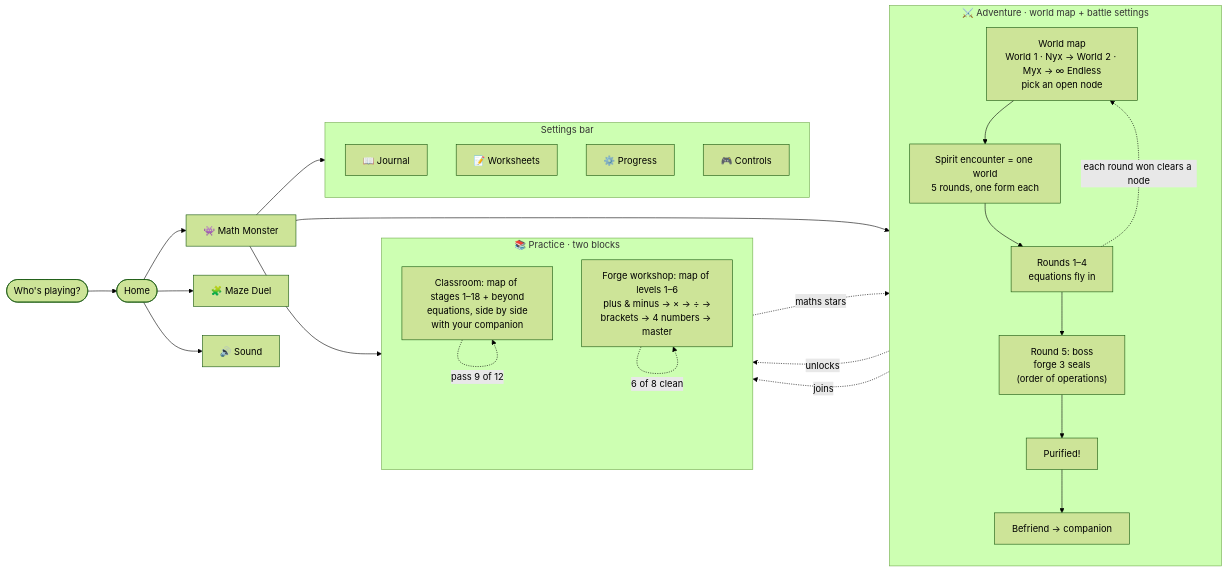
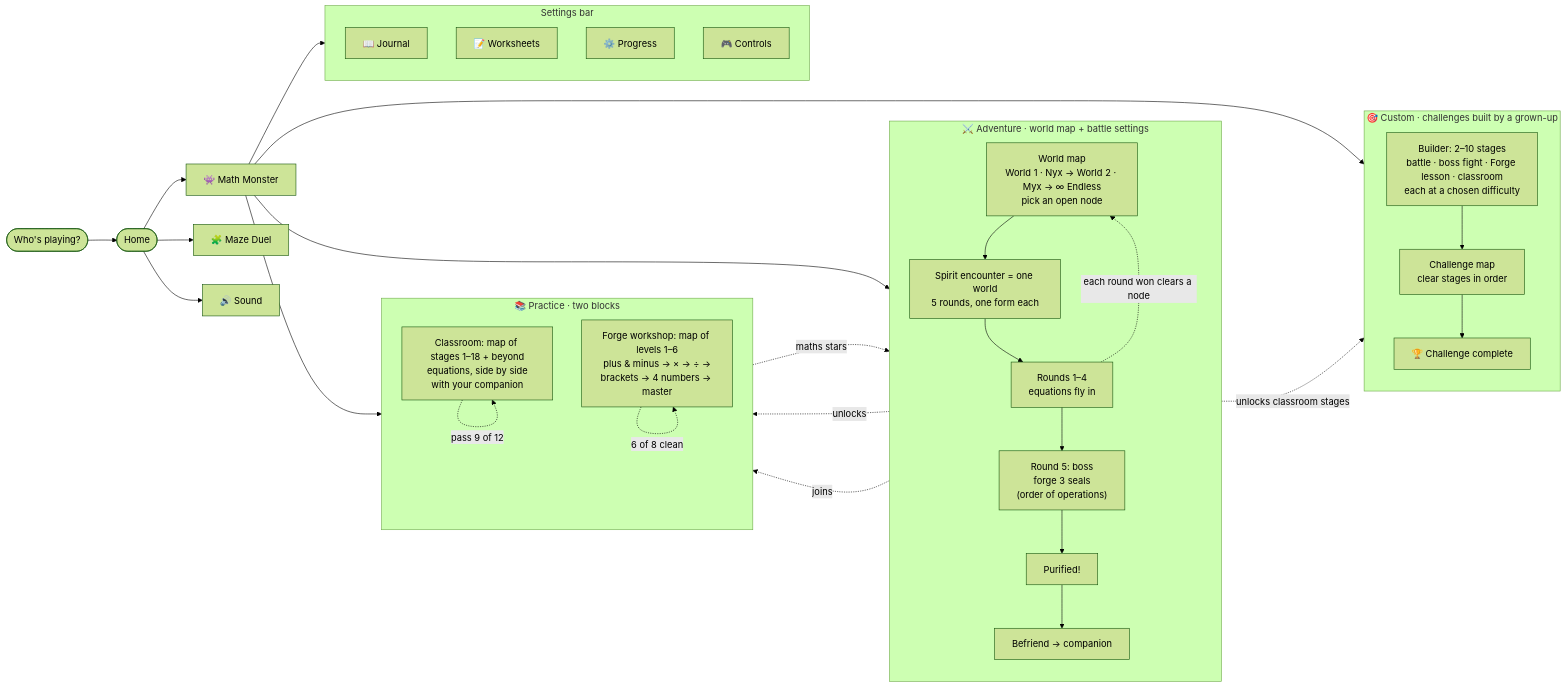
Before and after one commit to Lyceriuss/FunL: the first of 7 diagrams in docs/ARCHITECTURE.md, drawn with Mermaid (forest theme). The commit also changed other lines of this file and 21 other files, not shown here.

````diff
--- a/docs/ARCHITECTURE.md
+++ b/docs/ARCHITECTURE.md
@@ -13,39 +13,47 @@
 ```mermaid
 flowchart LR
   Profiles([Who's playing?]) --> Home([Home])
   Home --> MM[👾 Math Monster]
   Home --> MD[🧩 Maze Duel]
   Home --> Snd[🔊 Sound]
 
   subgraph Adv["⚔️ Adventure · world map + battle settings"]
     direction TB
     Map["World map<br/>World 1 · Nyx → World 2 · Myx → ∞ Endless<br/>pick an open node"] --> Enc
     Enc["Spirit encounter = one world<br/>5 rounds, one form each"] --> R14["Rounds 1–4<br/>equations fly in"]
     R14 --> Boss["Round 5: boss<br/>forge 3 seals<br/>(order of operations)"]
     Boss --> Pur["Purified!"] --> Bef["Befriend → companion"]
   end
 
   subgraph Class["📚 Practice · two blocks"]
     direction TB
     Stages["Classroom: map of stages 1–18 + beyond<br/>equations, side by side<br/>with your companion"]
     Forge["Forge workshop: map of levels 1–6<br/>plus & minus → × → ÷ →<br/>brackets → 4 numbers → master"]
   end
 
+  subgraph Cus["🎯 Custom · challenges built by a grown-up"]
+    direction TB
+    Build["Builder: 2–10 stages<br/>battle · boss fight · Forge lesson · classroom<br/>each at a chosen difficulty"] --> Run["Challenge map<br/>clear stages in order"]
+    Run --> Trophy["🏆 Challenge complete"]
+  end
+
   subgraph Bar["Settings bar"]
     direction TB
     Journal["📖 Journal"]
     Packs["📝 Worksheets"]
     Prog["⚙️ Progress"]
     Ctl["🎮 Controls"]
   end
 
   MM --> Adv
   MM --> Class
+  MM --> Cus
   MM --> Bar
   Bef -. unlocks .-> Stages
   Bef -. joins .-> Forge
   R14 -. each round won clears a node .-> Map
   Stages -. pass 9 of 12 .-> Stages
   Forge -. 6 of 8 clean .-> Forge
   Stages -. maths stars .-> Bef
+  Bef -. unlocks classroom stages .-> Build
 ```
````
